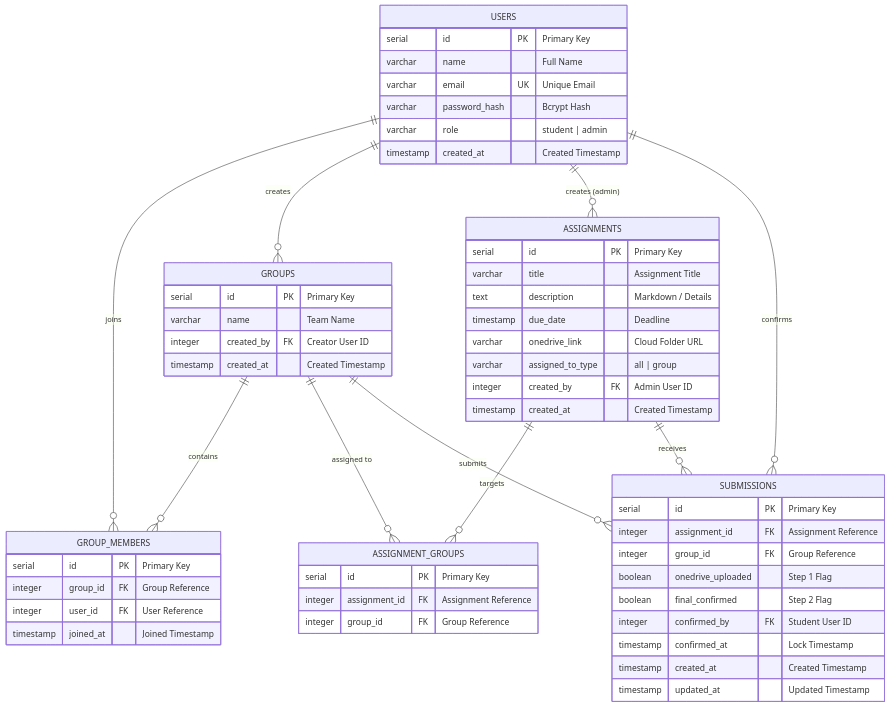
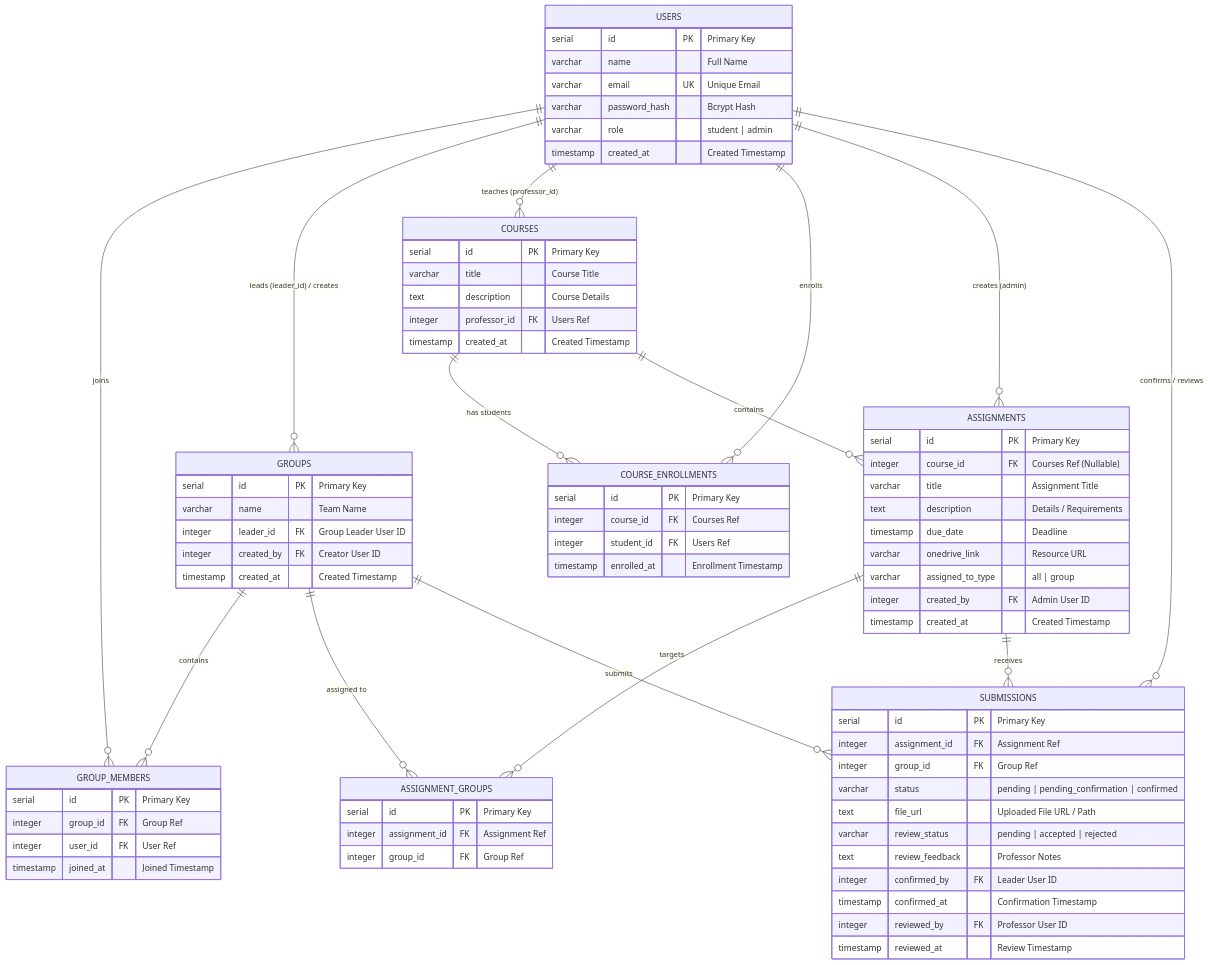
The second of 2 diagrams in README.md (Rishu7011/student-group-assignment-system), drawn with Mermaid before and after one commit. The commit also changed other lines of this file, not shown here.

Commit message:
docs: update README with Round 2 features, courses hierarchy, leader logic, unsubmit workflow, and demo seed credentials

````diff
--- a/README.md
+++ b/README.md
@@ -110,12 +144,19 @@
 ```mermaid
 erDiagram
     USERS ||--o{ GROUP_MEMBERS : "joins"
-    USERS ||--o{ GROUPS : "creates"
+    USERS ||--o{ GROUPS : "leads (leader_id) / creates"
+    USERS ||--o{ COURSES : "teaches (professor_id)"
+    USERS ||--o{ COURSE_ENROLLMENTS : "enrolls"
     USERS ||--o{ ASSIGNMENTS : "creates (admin)"
-    USERS ||--o{ SUBMISSIONS : "confirms"
+    USERS ||--o{ SUBMISSIONS : "confirms / reviews"
+
+    COURSES ||--o{ COURSE_ENROLLMENTS : "has students"
+    COURSES ||--o{ ASSIGNMENTS : "contains"
+
     GROUPS ||--o{ GROUP_MEMBERS : "contains"
     GROUPS ||--o{ ASSIGNMENT_GROUPS : "assigned to"
     GROUPS ||--o{ SUBMISSIONS : "submits"
+
     ASSIGNMENTS ||--o{ ASSIGNMENT_GROUPS : "targets"
     ASSIGNMENTS ||--o{ SUBMISSIONS : "receives"
 
@@ -128,26 +169,43 @@
         timestamp created_at "Created Timestamp"
     }
 
+    COURSES {
+        serial id PK "Primary Key"
+        varchar title "Course Title"
+        text description "Course Details"
+        integer professor_id FK "Users Ref"
+        timestamp created_at "Created Timestamp"
+    }
+
+    COURSE_ENROLLMENTS {
+        serial id PK "Primary Key"
+        integer course_id FK "Courses Ref"
+        integer student_id FK "Users Ref"
+        timestamp enrolled_at "Enrollment Timestamp"
+    }
+
     GROUPS {
         serial id PK "Primary Key"
         varchar name "Team Name"
+        integer leader_id FK "Group Leader User ID"
         integer created_by FK "Creator User ID"
         timestamp created_at "Created Timestamp"
     }
 
     GROUP_MEMBERS {
         serial id PK "Primary Key"
-        integer group_id FK "Group Reference"
-        integer user_id FK "User Reference"
+        integer group_id FK "Group Ref"
+        integer user_id FK "User Ref"
         timestamp joined_at "Joined Timestamp"
     }
 
     ASSIGNMENTS {
         serial id PK "Primary Key"
+        integer course_id FK "Courses Ref (Nullable)"
         varchar title "Assignment Title"
-        text description "Markdown / Details"
+        text description "Details / Requirements"
         timestamp due_date "Deadline"
-        varchar onedrive_link "Cloud Folder URL"
+        varchar onedrive_link "Resource URL"
         varchar assigned_to_type "all | group"
         integer created_by FK "Admin User ID"
         timestamp created_at "Created Timestamp"
@@ -155,19 +213,21 @@
 
     ASSIGNMENT_GROUPS {
         serial id PK "Primary Key"
-        integer assignment_id FK "Assignment Reference"
-        integer group_id FK "Group Reference"
+        integer assignment_id FK "Assignment Ref"
+        integer group_id FK "Group Ref"
     }
 
     SUBMISSIONS {
         serial id PK "Primary Key"
-        integer assignment_id FK "Assignment Reference"
-        integer group_id FK "Group Reference"
-        boolean onedrive_uploaded "Step 1 Flag"
-        boolean final_confirmed "Step 2 Flag"
-        integer confirmed_by FK "Student User ID"
-        timestamp confirmed_at "Lock Timestamp"
-        timestamp created_at "Created Timestamp"
-        timestamp updated_at "Updated Timestamp"
+        integer assignment_id FK "Assignment Ref"
+        integer group_id FK "Group Ref"
+        varchar status "pending | pending_confirmation | confirmed"
+        text file_url "Uploaded File URL / Path"
+        varchar review_status "pending | accepted | rejected"
+        text review_feedback "Professor Notes"
+        integer confirmed_by FK "Leader User ID"
+        timestamp confirmed_at "Confirmation Timestamp"
+        integer reviewed_by FK "Professor User ID"
+        timestamp reviewed_at "Review Timestamp"
     }
 ```
````
